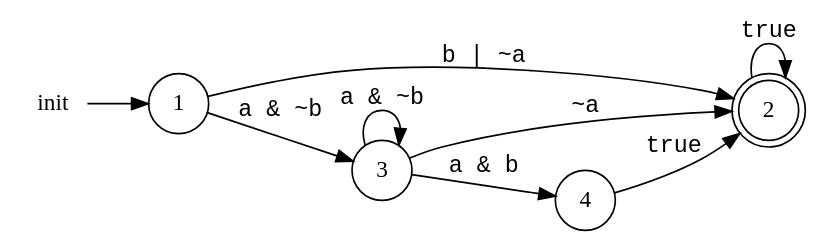
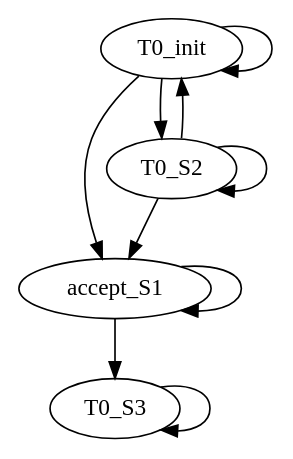
The diagram in ltl_2_dfa/tx.dot (famishedrover/Project574), drawn with Graphviz before and after one commit. The commit also changed 9 other files, not shown here.

```diff
--- a/ltl_2_dfa/tx.dot
+++ b/ltl_2_dfa/tx.dot
@@ -1,29 +1,20 @@
-digraph MONA_DFA {
-	graph [center=true,
-		name=MONA_DFA,
-		rankdir=LR,
-		size="7.5,10.5"
-	];
-	node [height=.5,
-		shape=circle,
-		width=.5
-	];
-	edge [fontname=Courier];
-	2	[shape=doublecircle];
-	2 -> 2	[key=0,
-		label=true];
-	1 -> 2	[key=0,
-		label="b | ~a"];
-	1 -> 3	[key=0,
-		label="a & ~b"];
-	init	[shape=plaintext];
-	init -> 1	[key=0];
-	3 -> 2	[key=0,
-		label="~a"];
-	3 -> 3	[key=0,
-		label="a & ~b"];
-	3 -> 4	[key=0,
-		label="a & b"];
-	4 -> 2	[key=0,
-		label=true];
+digraph "" {
+	T0_init -> T0_init	[key=0,
+		data="(on_edge)"];
+	T0_init -> accept_S1	[key=0,
+		data="(on_light)"];
+	T0_init -> T0_S2	[key=0,
+		data="(not (on_edge))"];
+	accept_S1 -> accept_S1	[key=0,
+		data="(on_light)"];
+	accept_S1 -> T0_S3	[key=0,
+		data="(not (on_light))"];
+	T0_S2 -> T0_init	[key=0,
+		data="(on_edge)"];
+	T0_S2 -> accept_S1	[key=0,
+		data="((on_edge)  and  (on_light))"];
+	T0_S2 -> T0_S2	[key=0,
+		data="(not (on_edge))"];
+	T0_S3 -> T0_S3	[key=0,
+		data="(true)"];
 }
```
